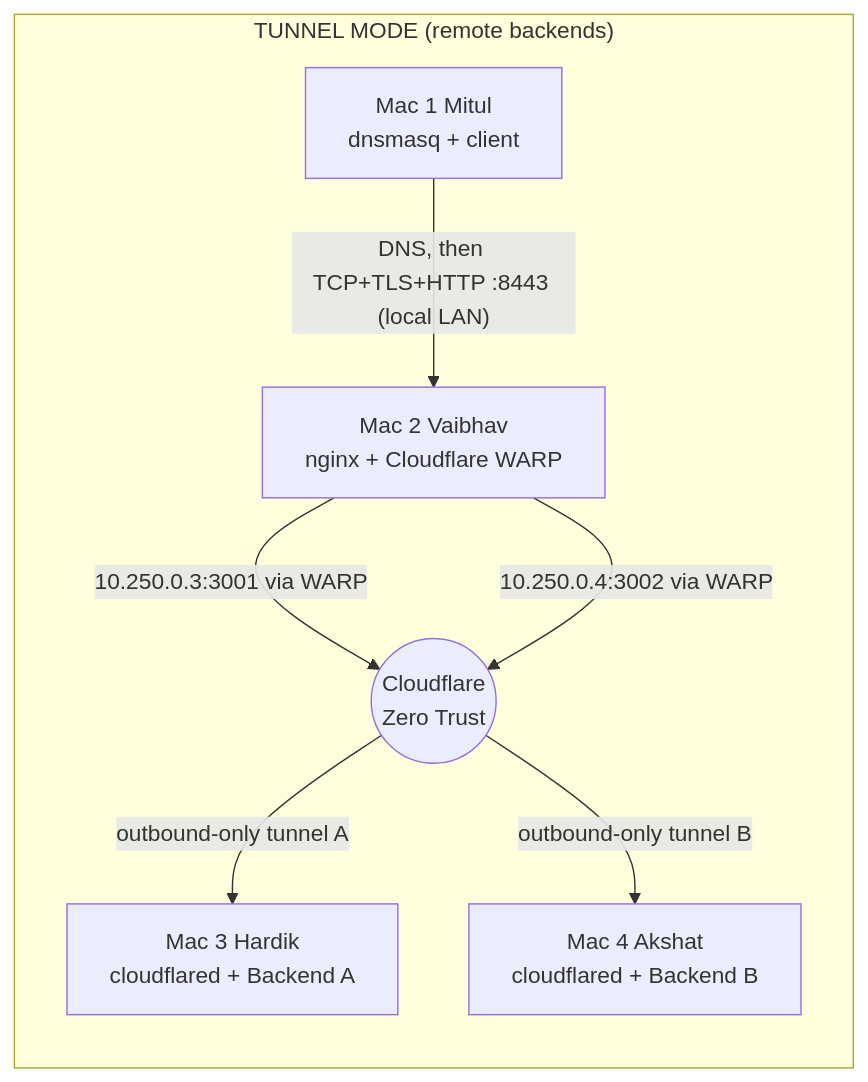
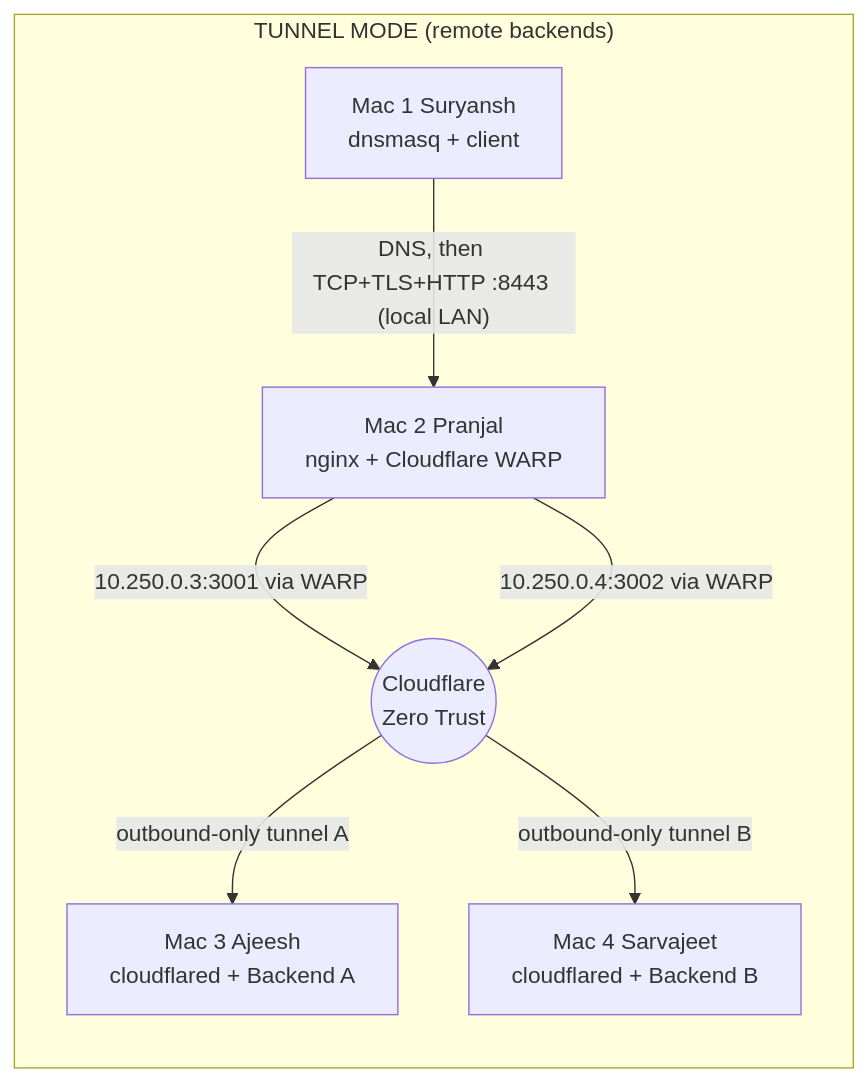
One commit to TechySuryansh/cn_project changed the second of 2 diagrams in README.md. Above: the diagram before and after it, drawn with Mermaid. The commit also changed other lines of this file and 64 other files, not shown here.

Commit message:
Configure project for Suryansh, Pranjal, Ajeesh, and Sarvajeet; purge legacy roles

````diff
--- a/README.md
+++ b/README.md
@@ -32,10 +32,10 @@
 ```mermaid
 flowchart LR
   subgraph TUN["TUNNEL MODE (remote backends)"]
-    C2["Mac 1 Mitul<br/>dnsmasq + client"] -->|"DNS, then TCP+TLS+HTTP :8443 (local LAN)"| E2["Mac 2 Vaibhav<br/>nginx + Cloudflare WARP"]
+    C2["Mac 1 Suryansh<br/>dnsmasq + client"] -->|"DNS, then TCP+TLS+HTTP :8443 (local LAN)"| E2["Mac 2 Pranjal<br/>nginx + Cloudflare WARP"]
     E2 -->|"10.250.0.3:3001 via WARP"| CF(("Cloudflare<br/>Zero Trust"))
     E2 -->|"10.250.0.4:3002 via WARP"| CF
-    CF -->|"outbound-only tunnel A"| BA2["Mac 3 Hardik<br/>cloudflared + Backend A"]
-    CF -->|"outbound-only tunnel B"| BB2["Mac 4 Akshat<br/>cloudflared + Backend B"]
+    CF -->|"outbound-only tunnel A"| BA2["Mac 3 Ajeesh<br/>cloudflared + Backend A"]
+    CF -->|"outbound-only tunnel B"| BB2["Mac 4 Sarvajeet<br/>cloudflared + Backend B"]
   end
 ```
````
